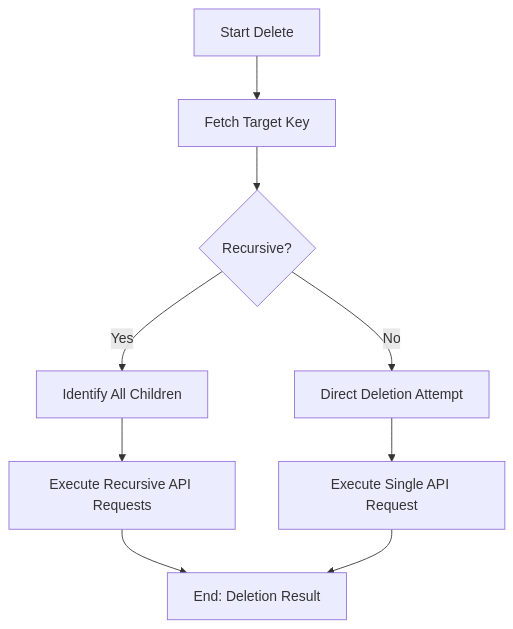
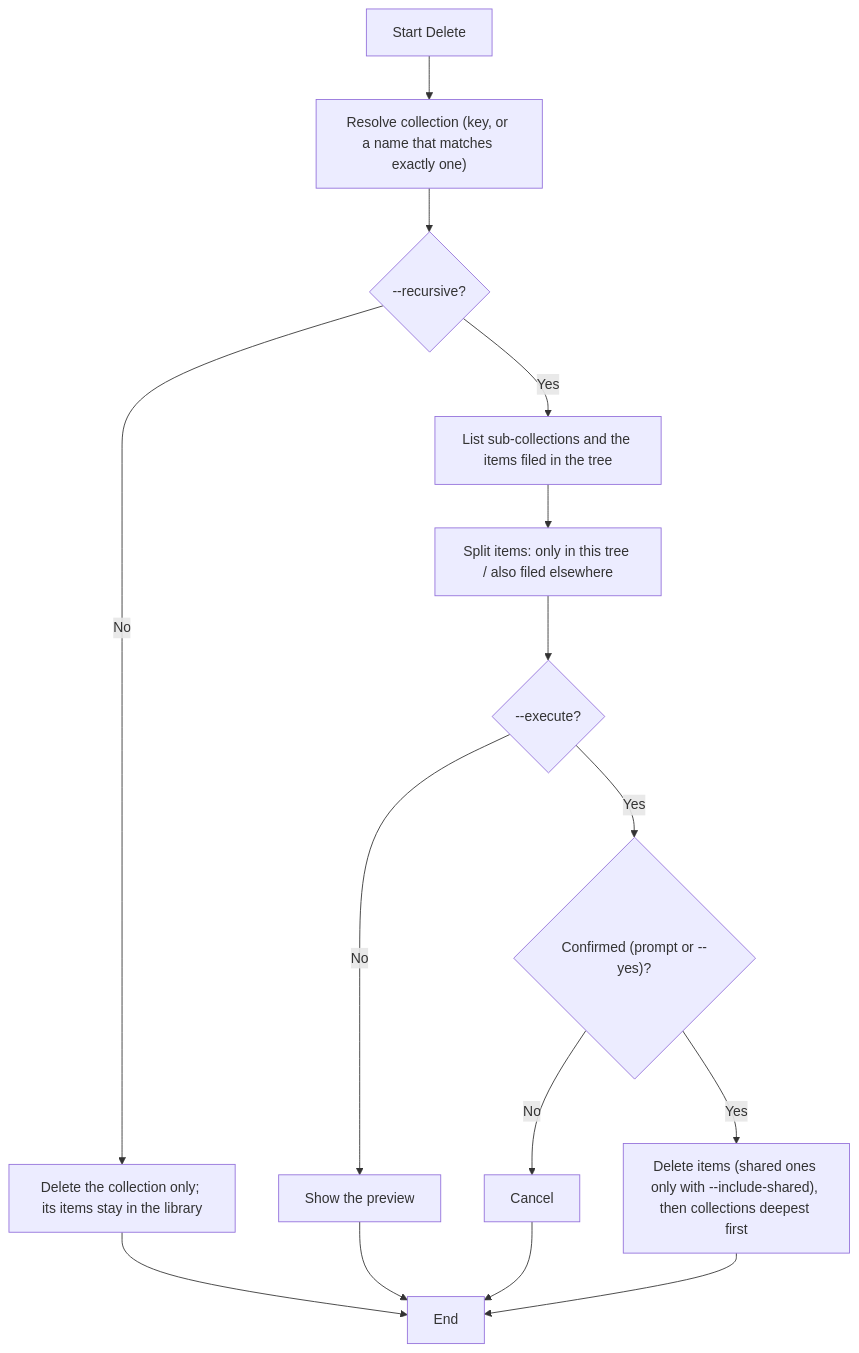
One commit to fchicout/zotero-cli changed the diagram in docs/help_specs/collection_delete.md. Above: the diagram before and after it, drawn with Mermaid. The commit also changed other lines of this file and 29 other files, not shown here.

First line of the commit message:
fix: preview and confirm destructive collection commands; refuse ambiguous names (Issues #364 #395 #396 #378 #381) (#443)

````diff
--- a/docs/help_specs/collection_delete.md
+++ b/docs/help_specs/collection_delete.md
@@ -8,11 +8,17 @@
 ```mermaid
 graph TD
-    A["Start Delete"] --> B["Fetch Target Key"]
-    B --> C{"Recursive?"}
-    C -- "Yes" --> D["Identify All Children"]
-    C -- "No" --> E["Direct Deletion Attempt"]
-    D --> F["Execute Recursive API Requests"]
-    E --> G["Execute Single API Request"]
-    F --> H["End: Deletion Result"]
-    G --> H
+    A["Start Delete"] --> B["Resolve collection (key, or a name that matches exactly one)"]
+    B --> C{"--recursive?"}
+    C -- "No" --> D["Delete the collection only; its items stay in the library"]
+    C -- "Yes" --> E["List sub-collections and the items filed in the tree"]
+    E --> F["Split items: only in this tree / also filed elsewhere"]
+    F --> G{"--execute?"}
+    G -- "No" --> H["Show the preview"]
+    G -- "Yes" --> I{"Confirmed (prompt or --yes)?"}
+    I -- "No" --> J["Cancel"]
+    I -- "Yes" --> K["Delete items (shared ones only with --include-shared), then collections deepest first"]
+    D --> L["End"]
+    H --> L
+    J --> L
+    K --> L
 ```
````
